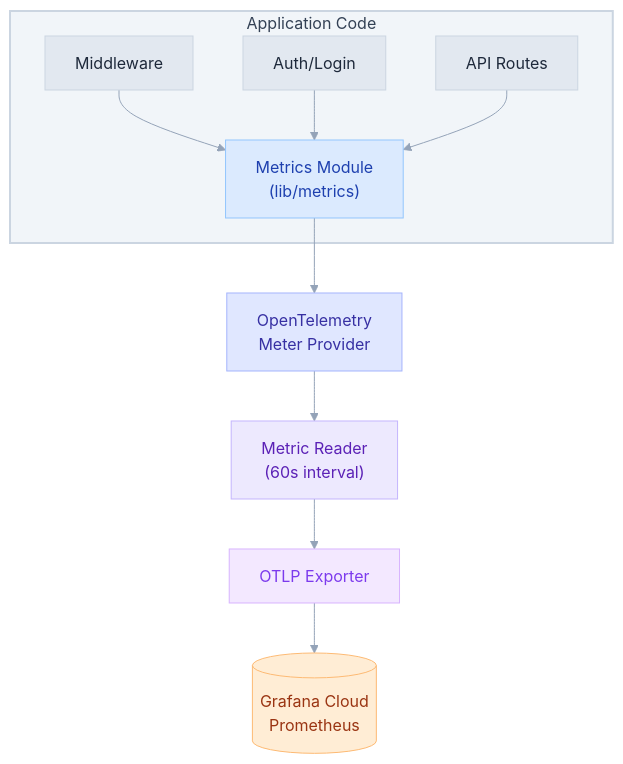
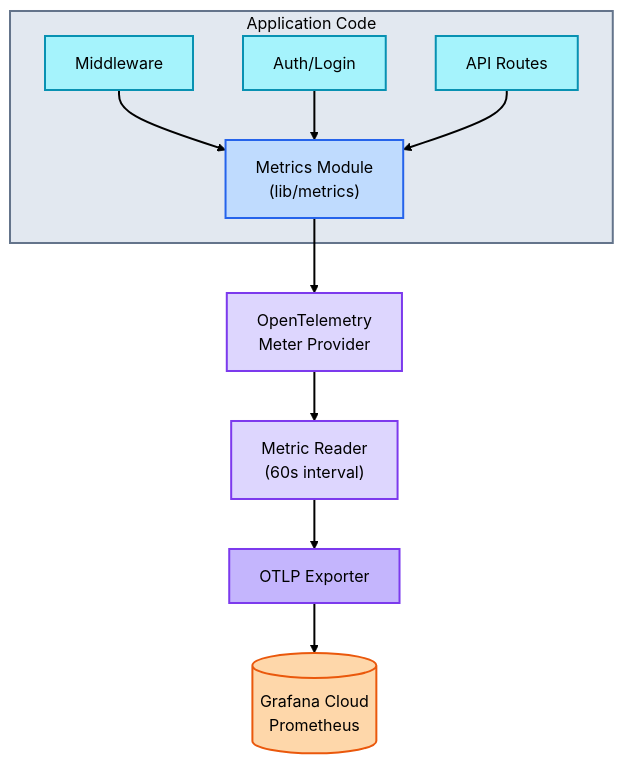
The diagram in doc/metrics_implementation.md (3DHDSoft/devmultiplier-academy), drawn with Mermaid before and after one commit. The commit also changed 17 other files, not shown here.

````diff
--- a/doc/metrics_implementation.md
+++ b/doc/metrics_implementation.md
@@ -20,35 +20,42 @@
 ```mermaid
 %%{init: {'theme': 'base', 'themeVariables': {
-  'primaryColor': '#e2e8f0',
-  'primaryTextColor': '#1e293b',
-  'primaryBorderColor': '#cbd5e1',
-  'lineColor': '#94a3b8',
-  'secondaryColor': '#f1f5f9',
-  'tertiaryColor': '#f8fafc',
+  'primaryColor': '#bfdbfe',
+  'primaryTextColor': '#000000',
+  'primaryBorderColor': '#3b82f6',
+  'lineColor': '#000000',
+  'secondaryColor': '#ddd6fe',
+  'tertiaryColor': '#a5f3fc',
   'background': '#ffffff',
-  'textColor': '#334155',
+  'textColor': '#000000',
+  'edgeLabelBackground': '#e2e8f0',
   'fontFamily': 'system-ui, -apple-system, sans-serif'
-}}}%%flowchart TB
+}}}%%
+flowchart TB
     subgraph App["Application Code"]
         MW["Middleware"]
         Auth["Auth/Login"]
         API["API Routes"]
         Metrics["Metrics Module<br/>(lib/metrics)"]
 
         MW --> Metrics
         Auth --> Metrics
         API --> Metrics
     end
 
     Metrics --> MeterProvider["OpenTelemetry<br/>Meter Provider"]
     MeterProvider --> MetricReader["Metric Reader<br/>(60s interval)"]
     MetricReader --> Exporter["OTLP Exporter"]
     Exporter --> Grafana[("Grafana Cloud<br/>Prometheus")]
 
-    style App fill:#f1f5f9,stroke:#cbd5e1,stroke-width:2px,color:#334155
-    style Metrics fill:#dbeafe,stroke:#93c5fd,color:#1e40af
-    style MeterProvider fill:#e0e7ff,stroke:#a5b4fc,color:#3730a3
-    style MetricReader fill:#ede9fe,stroke:#c4b5fd,color:#5b21b6
-    style Exporter fill:#f3e8ff,stroke:#d8b4fe,color:#7c3aed
-    style Grafana fill:#ffedd5,stroke:#fdba74,color:#9a3412
+    style App fill:#e2e8f0,stroke:#64748b,stroke-width:2px,color:#000000
+    style MW fill:#a5f3fc,stroke:#0891b2,color:#000000,stroke-width:2px
+    style Auth fill:#a5f3fc,stroke:#0891b2,color:#000000,stroke-width:2px
+    style API fill:#a5f3fc,stroke:#0891b2,color:#000000,stroke-width:2px
+    style Metrics fill:#bfdbfe,stroke:#2563eb,color:#000000,stroke-width:2px
+    style MeterProvider fill:#ddd6fe,stroke:#7c3aed,color:#000000,stroke-width:2px
+    style MetricReader fill:#ddd6fe,stroke:#7c3aed,color:#000000,stroke-width:2px
+    style Exporter fill:#c4b5fd,stroke:#7c3aed,color:#000000,stroke-width:2px
+    style Grafana fill:#fed7aa,stroke:#ea580c,color:#000000,stroke-width:2px
+
+    linkStyle default stroke:#000000,stroke-width:2px
 ```
````
